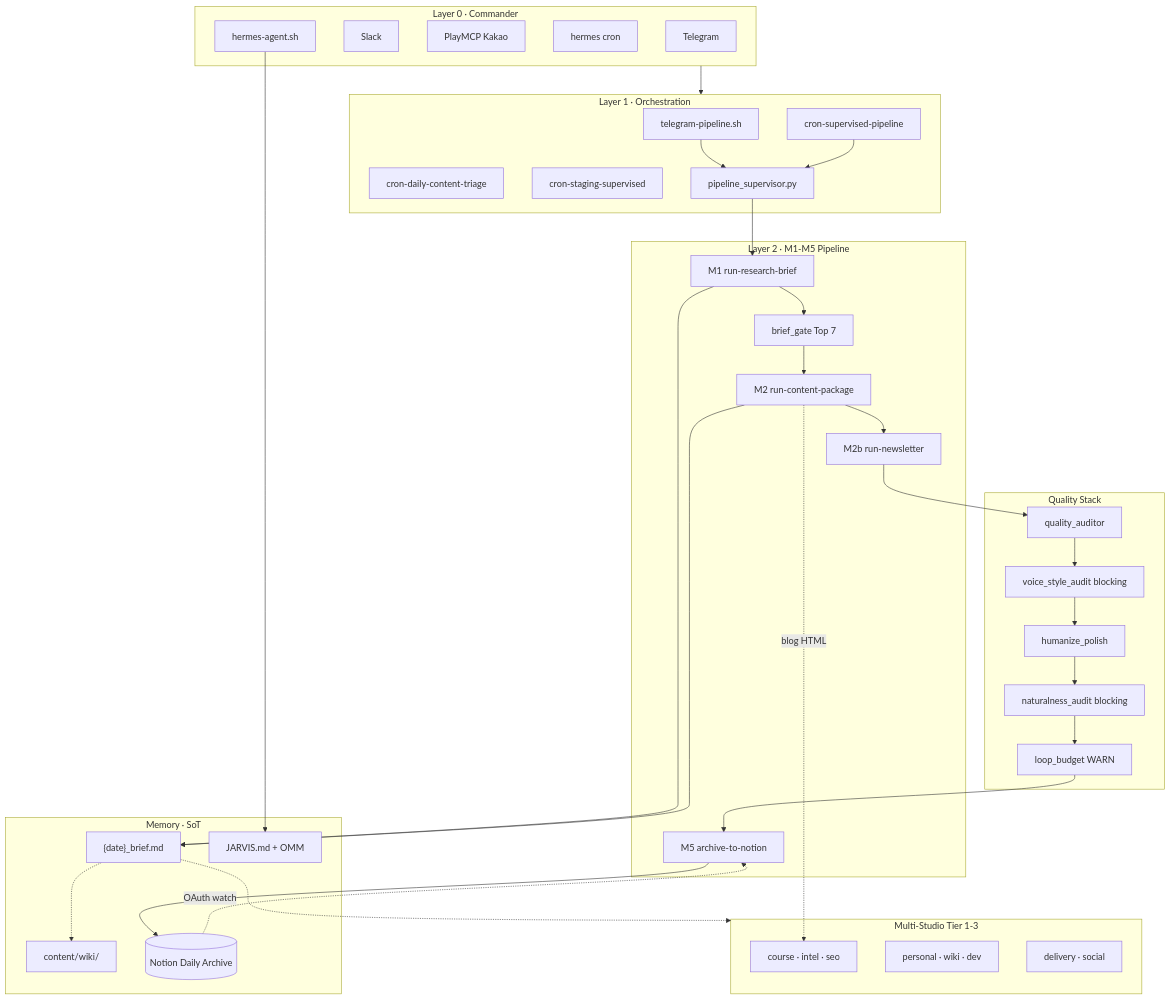
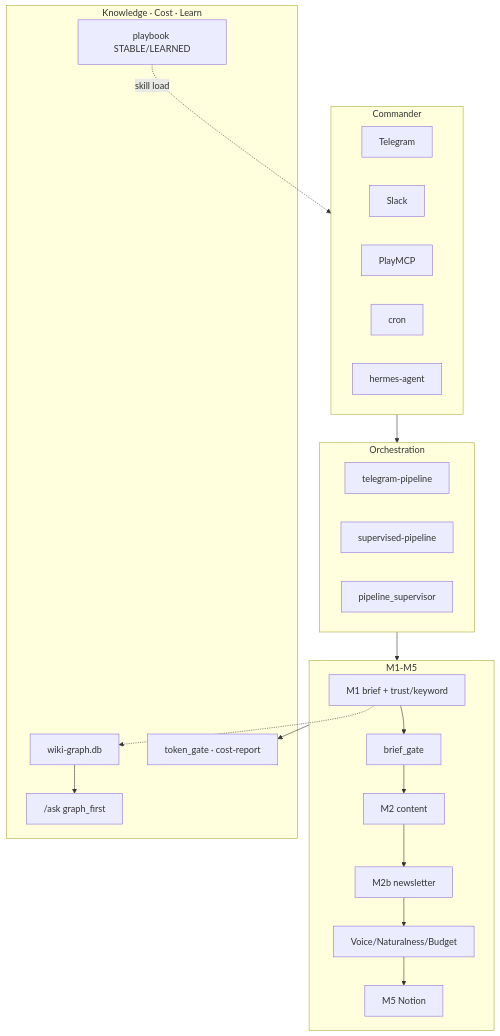
The second of 4 diagrams in docs/architecture/SYSTEM-LOGIC.md (saewookkangboy/Hermes_Harness_dailybrief), drawn with Mermaid before and after one commit. The commit also changed other lines of this file and 11 other files, not shown here.

First line of the commit message:
docs: record v2.1 system logic (graph/token/playbook) and F1–F4 details.

````diff
--- a/docs/architecture/SYSTEM-LOGIC.md
+++ b/docs/architecture/SYSTEM-LOGIC.md
@@ -49,60 +38,29 @@
 ```mermaid
 flowchart TB
-  subgraph L0["Layer 0 · Commander"]
-    TG["Telegram"]
-    SL["Slack"]
-    PM["PlayMCP Kakao"]
-    CRON["hermes cron"]
-    CLI["hermes-agent.sh"]
+  subgraph L0["Commander"]
+    TG["Telegram"] & SL["Slack"] & PM["PlayMCP"] & CRON["cron"] & CLI["hermes-agent"]
   end
 
-  subgraph L1["Layer 1 · Orchestration"]
-    TP["telegram-pipeline.sh"]
-    SP["cron-supervised-pipeline"]
-    DT["cron-daily-content-triage"]
-    ST["cron-staging-supervised"]
-    PSUP["pipeline_supervisor.py"]
+  subgraph L1["Orchestration"]
+    TP["telegram-pipeline"] & SP["supervised-pipeline"] & PSUP["pipeline_supervisor"]
   end
 
-  subgraph L2["Layer 2 · M1-M5 Pipeline"]
-    M1["M1 run-research-brief"]
-    GATE["brief_gate Top 7"]
-    M2["M2 run-content-package"]
-    M2b["M2b run-newsletter"]
-    M5["M5 archive-to-notion"]
+  subgraph L2["M1-M5"]
+    M1["M1 brief + trust/keyword"] --> GATE["brief_gate"]
+    GATE --> M2["M2 content"] --> M2b["M2b newsletter"]
+    M2b --> Q["Voice/Naturalness/Budget"] --> M5["M5 Notion"]
   end
 
-  subgraph Q["Quality Stack"]
-    AUD["quality_auditor"]
-    VOICE["voice_style_audit blocking"]
-    HUM["humanize_polish"]
-    NAT["naturalness_audit blocking"]
-    BUD["loop_budget WARN"]
+  subgraph G["Knowledge · Cost · Learn"]
+    WG["wiki-graph.db"]
+    ASK["/ask graph_first"]
+    TGATE["token_gate · cost-report"]
+    PB["playbook STABLE/LEARNED"]
   end
 
-  subgraph MEM["Memory · SoT"]
-    BRIEF["{date}_brief.md"]
-    WIKI["content/wiki/"]
-    JAR["JARVIS.md + OMM"]
-    NOTION[("Notion Daily Archive")]
-  end
-
-  subgraph MS["Multi-Studio Tier 1-3"]
-    S1["course · intel · seo"]
-    S2["personal · wiki · dev"]
-    S3["delivery · social"]
-  end
-
-  L0 --> L1
-  TP & SP --> PSUP
-  PSUP --> M1 --> GATE --> M2 --> M2b
-  M2b --> AUD --> VOICE --> HUM --> NAT --> BUD --> M5
-  M1 --> BRIEF
-  M2 --> BRIEF
-  M5 --> NOTION
-  BRIEF -.-> WIKI
-  CLI --> JAR
-  BRIEF -.-> MS
-  M2 -.->|blog HTML| S1
-  NOTION -.->|OAuth watch| M5
+  L0 --> L1 --> L2
+  M1 -.-> WG
+  WG --> ASK
+  L2 --> TGATE
+  PB -.->|skill load| L0
 ```
````
